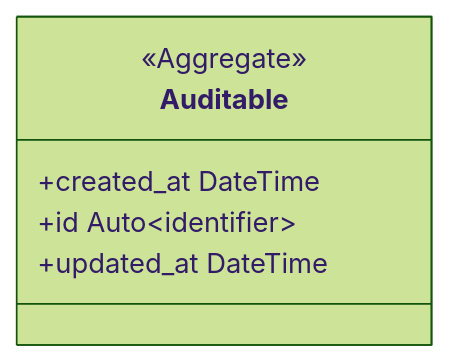
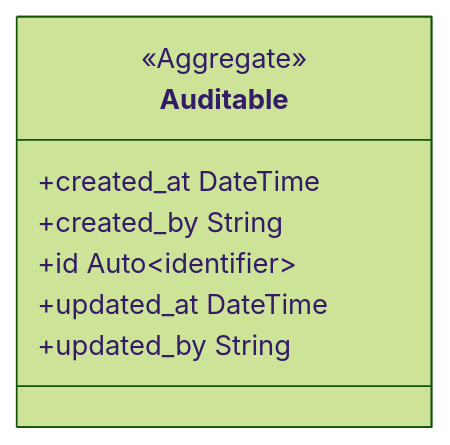
Before and after one commit to proteanhq/shopstream: the fourth of 5 diagrams in docs/loyalty/clusters.md, drawn with Mermaid (forest theme). The commit also changed other lines of this file and 28 other files, not shown here.

````diff
--- a/docs/loyalty/clusters.md
+++ b/docs/loyalty/clusters.md
@@ -50,9 +50,11 @@
 ```mermaid
 classDiagram
     class loyalty_reward_reward_account_Auditable["Auditable"] {
         <<Aggregate>>
         +created_at DateTime
+        +created_by String
         +id Auto~identifier~
         +updated_at DateTime
+        +updated_by String
     }
 ```
````
